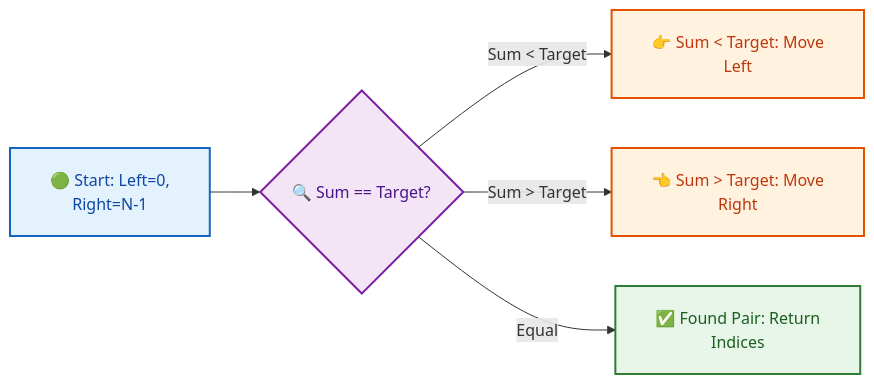
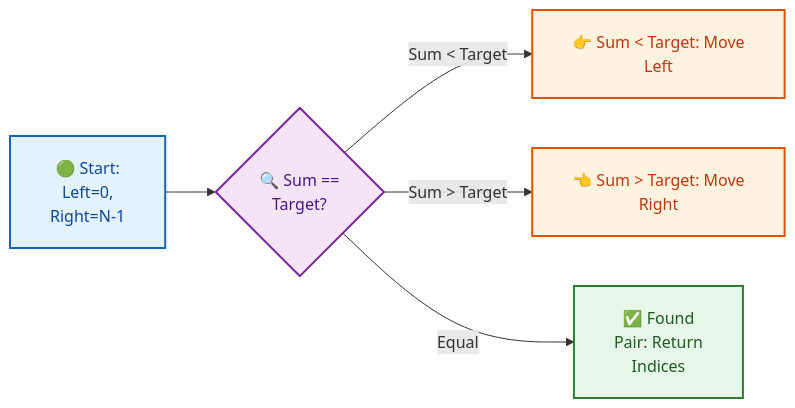
The second of 2 diagrams in .agents/skills/dsa-pedagogy-verifier/SKILL.md (dip4k/DSA_102), drawn with Mermaid before and after one commit. The commit also changed other lines of this file and 106 other files, not shown here.

First line of the commit message:
fix(mermaid): prevent text clipping with foreignObject overflow and tighter line wrapping

````diff
--- a/.agents/skills/dsa-pedagogy-verifier/SKILL.md
+++ b/.agents/skills/dsa-pedagogy-verifier/SKILL.md
@@ -130,19 +130,19 @@
 ```mermaid
-%%{init: {"flowchart": {"htmlLabels": true, "padding": 20}}}%%
+%%{init: {"flowchart": {"htmlLabels": true, "padding": 20}, "themeCSS": "foreignObject { overflow: visible !important; }"}}%%
 flowchart LR
     classDef startNode fill:#e3f2fd,stroke:#1565c0,stroke-width:2px,color:#0d47a1
     classDef actionNode fill:#f3e5f5,stroke:#7b1fa2,stroke-width:2px,color:#4a148c
     classDef successNode fill:#e8f5e9,stroke:#2e7d32,stroke-width:2px,color:#1b5e20
     classDef warnNode fill:#fff3e0,stroke:#e65100,stroke-width:2px,color:#bf360c
 
-    Start["🟢 Start: Left=0,<br/>Right=N-1"]:::startNode
-    Check{"🔍 Sum == Target?"}:::actionNode
+    Start["🟢 Start:<br/>Left=0,<br/>Right=N-1"]:::startNode
+    Check{"🔍 Sum ==<br/>Target?"}:::actionNode
     ShrinkLeft["👉 Sum &lt; Target: Move<br/>Left"]:::warnNode
     ShrinkRight["👈 Sum > Target: Move<br/>Right"]:::warnNode
-    Success["✅ Found Pair: Return<br/>Indices"]:::successNode
+    Success["✅ Found<br/>Pair: Return<br/>Indices"]:::successNode
 
     Start --> Check
     Check -->|"Sum &lt; Target"| ShrinkLeft
     Check -->|"Sum > Target"| ShrinkRight
     Check -->|"Equal"| Success
 ```
````
